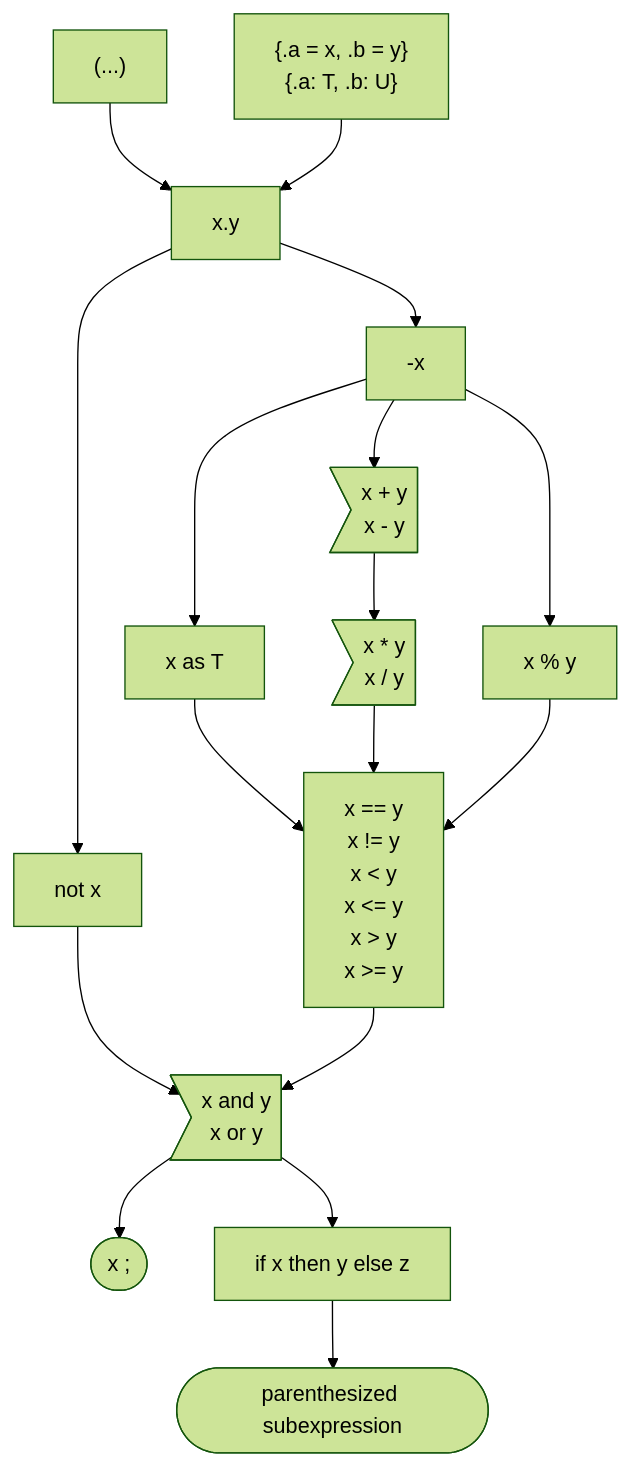
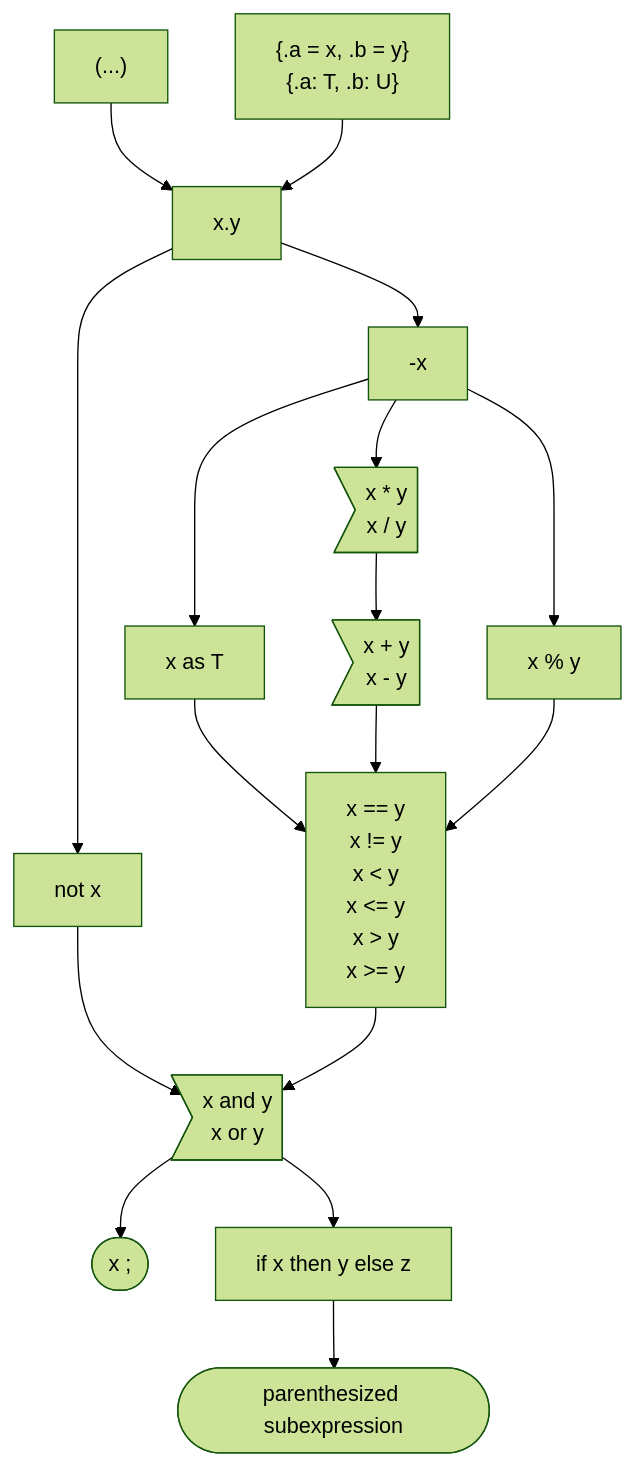
One commit to carbon-language/carbon-lang changed the first of 2 diagrams in docs/design/expressions/README.md. Above: the diagram before and after it, drawn with Mermaid (forest theme). The commit also changed 1 other file, not shown here.

Commit message:
Fix reversed precedence diagram.

````diff
--- a/docs/design/expressions/README.md
+++ b/docs/design/expressions/README.md
@@ -72,17 +72,17 @@
 ```mermaid
 graph TD
     parens["(...)"] --> postfix
     struct_literal["{.a = x, .b = y}<br> {.a: T, .b: U}"] --> postfix
     postfix["x.y"] --> not & negation
-    negation["-x"] --> additive & modulo & as
+    negation["-x"] --> multiplicative & modulo & as
     as["x as T"] --> comparison
     not["not x"] --> and_or
-    additive>"x + y<br> x - y"] --> multiplicative
-    multiplicative>"x * y<br> x / y"] --> comparison
+    multiplicative>"x * y<br> x / y"] --> additive
+    additive>"x + y<br> x - y"] --> comparison
     modulo["x % y"] --> comparison
     comparison["x == y<br> x != y<br> x < y<br> x <= y<br> x > y<br> x >= y"] --> and_or
     and_or>"x and y<br> x or y"] --> expression_statement & if_else
     expression_statement(["x ;"])
     if_else["if x then y else z"] --> subexpression
     subexpression(["parenthesized subexpression"])
 ```
````
